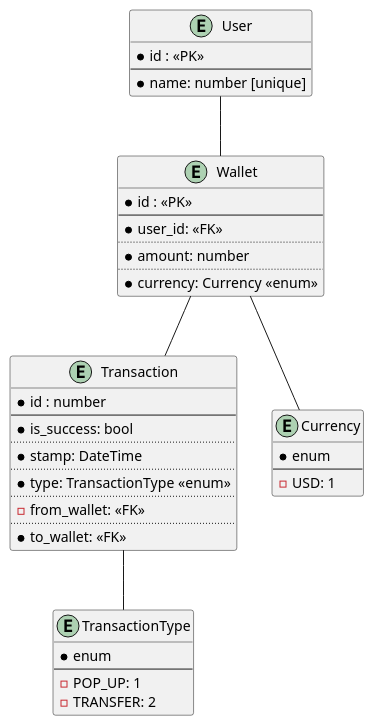
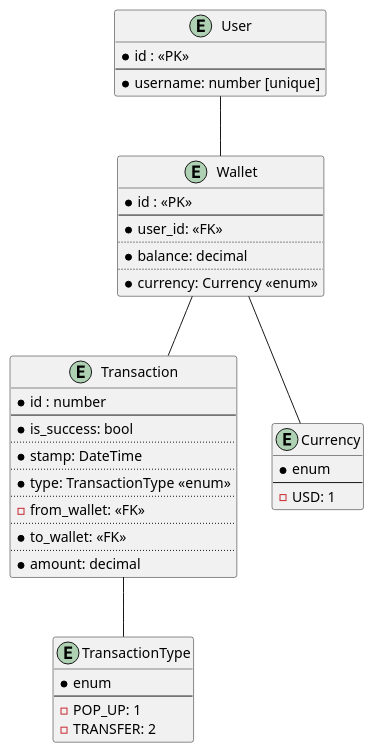
Before and after one commit to SeriousMarc/wallet-service: the diagram in src/wallet_service/docs/db.puml, drawn with PlantUML. The commit also changed 12 other files, not shown here.

```diff
--- a/src/wallet_service/docs/db.puml
+++ b/src/wallet_service/docs/db.puml
@@ -1,51 +1,53 @@
 @startuml
 
 entity "User" as user {
   *id : <<PK>>
   --
-  *name: number [unique]
+  *username: number [unique]
 }
 
 entity "Wallet" as wallet {
   *id : <<PK>>
   --
   *user_id: <<FK>>
   ..
-  *amount: number
+  *balance: decimal
   ..
   *currency: Currency <<enum>>
 }
 
 entity "Transaction" as transaction {
   *id : number
   --
   *is_success: bool
   ..
   *stamp: DateTime
   ..
   *type: TransactionType <<enum>>
   ..
   -from_wallet: <<FK>>
   ..
   *to_wallet: <<FK>>
+  ..
+  *amount: decimal
 }
 
 entity "Currency" as currency {
   *enum
   --
   -USD: 1
 }
 
 entity "TransactionType" as transaction_type {
   *enum
   --
   -POP_UP: 1
   -TRANSFER: 2
 }
 
 user -- wallet
 wallet -- transaction
 wallet -- currency
 transaction -- transaction_type
 
 @enduml
```
